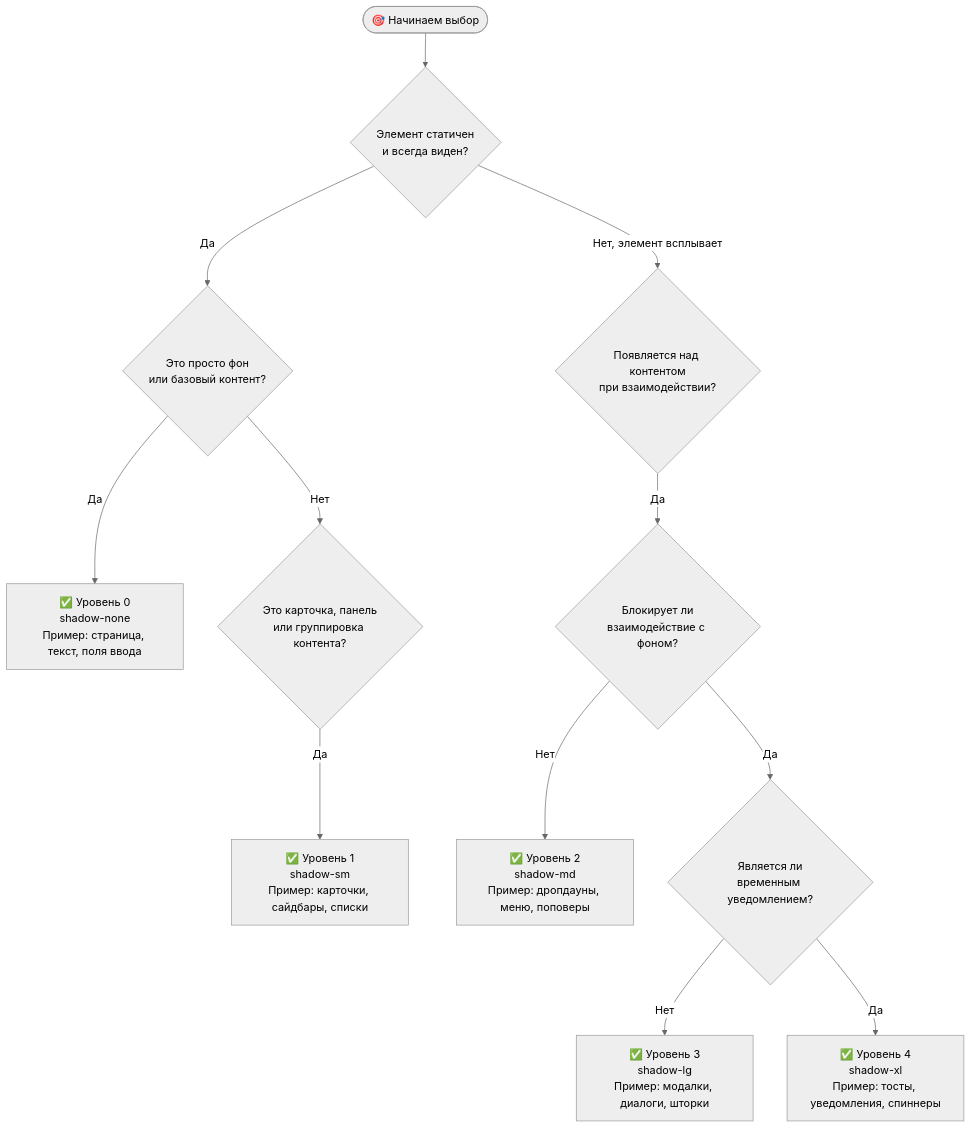
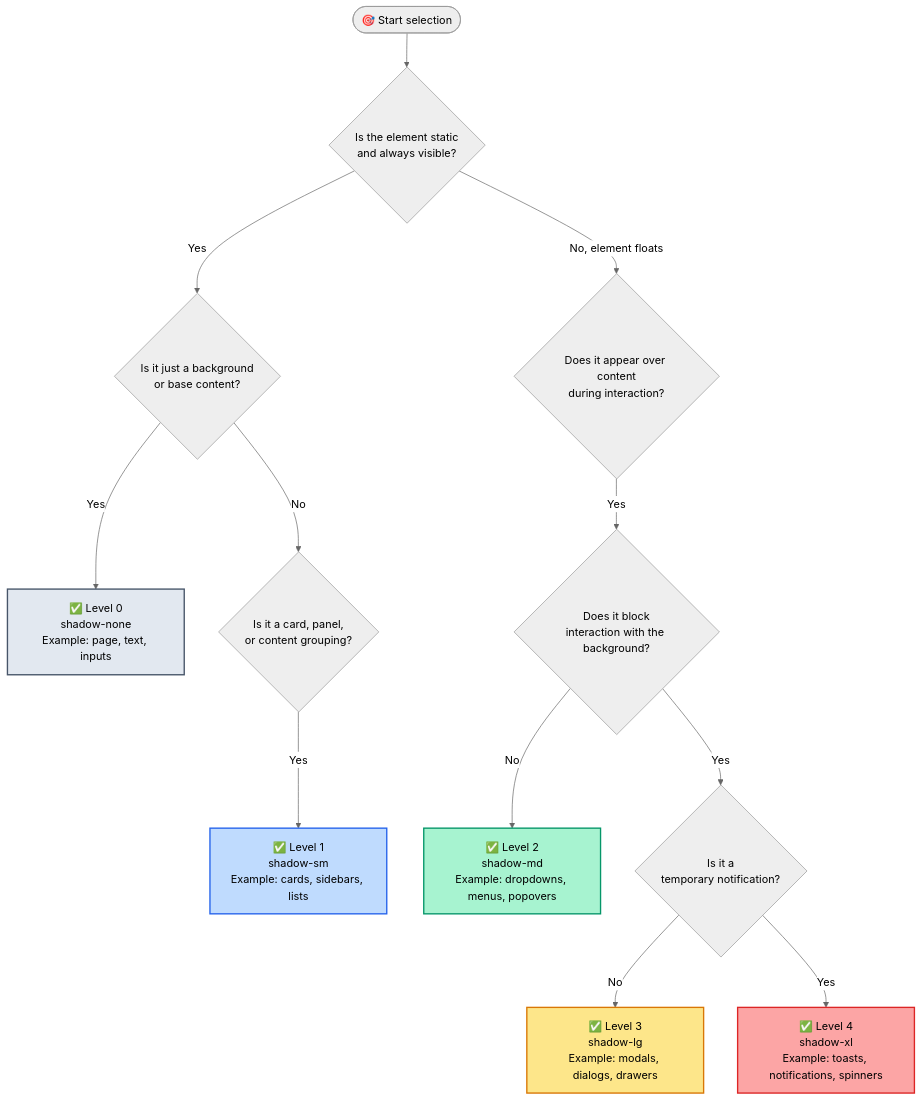
Before and after one commit to Kotrecon/faf-design-system: the fourth of 4 diagrams in packages/foundations/README.md, drawn with Mermaid (neutral theme). The commit also changed other lines of this file and 1 other file, not shown here.

````diff
--- a/packages/foundations/README.md
+++ b/packages/foundations/README.md
@@ -398,23 +400,28 @@
 ```mermaid
 flowchart TD
-    Start([🎯 Начинаем выбор]) --> Q1{Элемент статичен<br/>и всегда виден?}
+    Start([🎯 Start selection]) --> Q1{Is the element static<br/>and always visible?}
 
-    Q1 -->|Да| Q2{Это просто фон<br/>или базовый контент?}
-    Q2 -->|Да| L0[✅ Уровень 0<br/>shadow-none<br/>Пример: страница, текст, поля ввода]
-    Q2 -->|Нет| Q3{Это карточка, панель<br/>или группировка контента?}
-    Q3 -->|Да| L1[✅ Уровень 1<br/>shadow-sm<br/>Пример: карточки, сайдбары, списки]
+    Q1 -->|Yes| Q2{Is it just a background<br/>or base content?}
+    Q2 -->|Yes| L0[✅ Level 0<br/>shadow-none<br/>Example: page, text, inputs]
+    Q2 -->|No| Q3{Is it a card, panel,<br/>or content grouping?}
+    Q3 -->|Yes| L1[✅ Level 1<br/>shadow-sm<br/>Example: cards, sidebars, lists]
 
-    Q1 -->|Нет, элемент всплывает| Q4{Появляется над контентом<br/>при взаимодействии?}
+    Q1 -->|No, element floats| Q4{Does it appear over content<br/>during interaction?}
 
-    Q4 -->|Да| Q5{Блокирует ли<br/>взаимодействие с фоном?}
+    Q4 -->|Yes| Q5{Does it block<br/>interaction with the background?}
 
-    Q5 -->|Нет| L2[✅ Уровень 2<br/>shadow-md<br/>Пример: дропдауны, меню, поповеры]
+    Q5 -->|No| L2[✅ Level 2<br/>shadow-md<br/>Example: dropdowns, menus, popovers]
 
-    Q5 -->|Да| Q6{Является ли<br/>временным уведомлением?}
+    Q5 -->|Yes| Q6{Is it a<br/>temporary notification?}
 
-    Q6 -->|Нет| L3[✅ Уровень 3<br/>shadow-lg<br/>Пример: модалки, диалоги, шторки]
+    Q6 -->|No| L3[✅ Level 3<br/>shadow-lg<br/>Example: modals, dialogs, drawers]
 
-    Q6 -->|Да| L4[✅ Уровень 4<br/>shadow-xl<br/>Пример: тосты, уведомления, спиннеры]
+    Q6 -->|Yes| L4[✅ Level 4<br/>shadow-xl<br/>Example: toasts, notifications, spinners]
 
-
+    %% Styling
+    style L0 fill:#e2e8f0,stroke:#475569,stroke-width:2px
+    style L1 fill:#bfdbfe,stroke:#2563eb,stroke-width:2px
+    style L2 fill:#a7f3d0,stroke:#059669,stroke-width:2px
+    style L3 fill:#fde68a,stroke:#d97706,stroke-width:2px
+    style L4 fill:#fca5a5,stroke:#dc2626,stroke-width:2px
 ```
````
